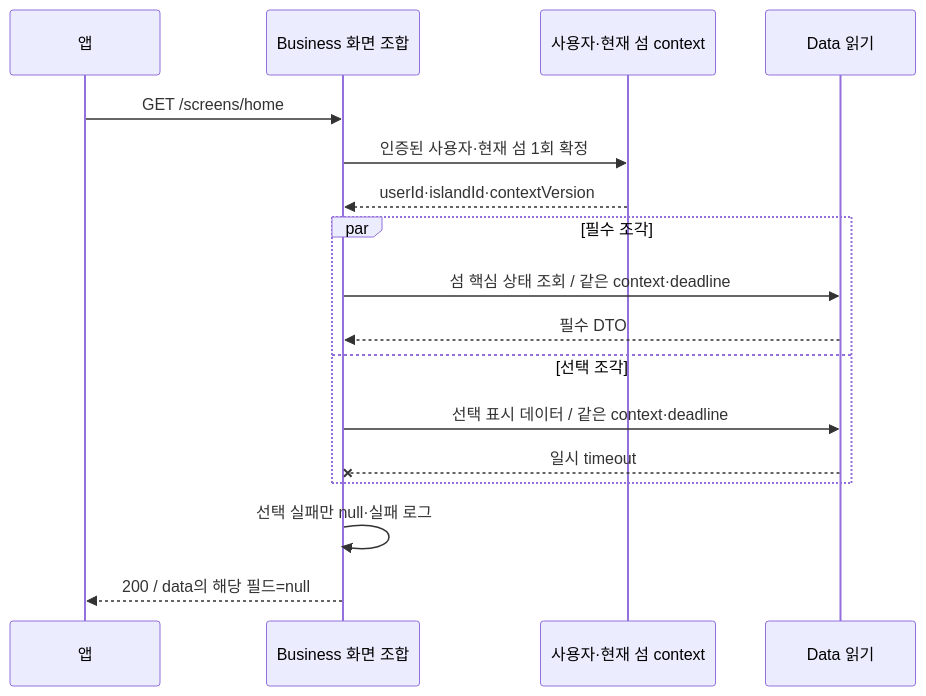
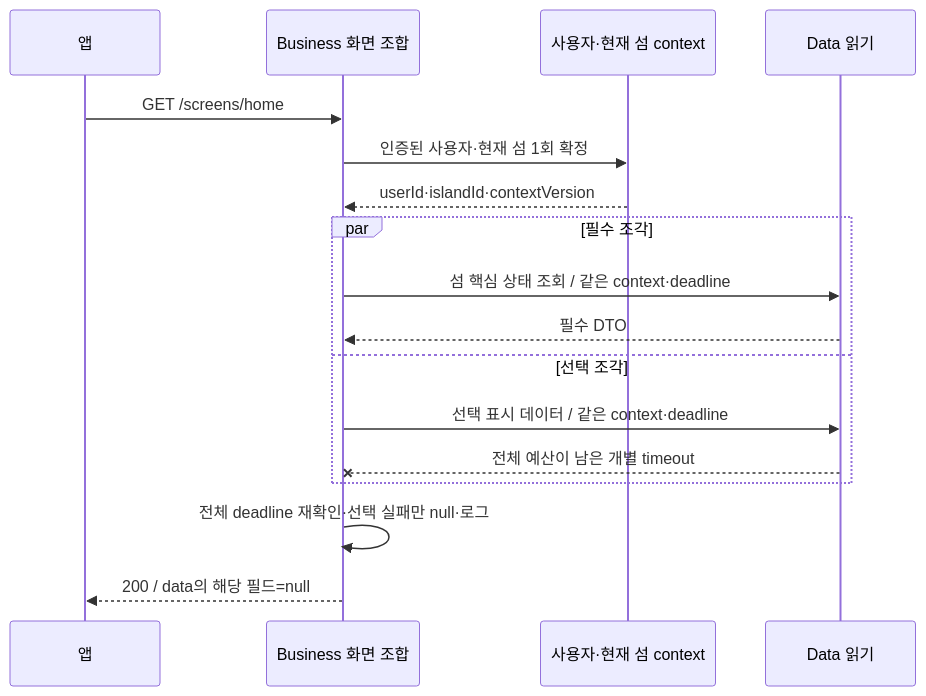
The third of 3 diagrams in docs/prd/api-platform/high-level-design.md (OneOrThree/phone), drawn with Mermaid before and after one commit. The commit also changed other lines of this file and 4 other files, not shown here.

````diff
--- a/docs/prd/api-platform/high-level-design.md
+++ b/docs/prd/api-platform/high-level-design.md
@@ -84,19 +86,19 @@
 ```mermaid
 sequenceDiagram
     participant A as 앱
     participant B as Business 화면 조합
     participant U as 사용자·현재 섬 context
     participant D as Data 읽기
     A->>B: GET /screens/home
     B->>U: 인증된 사용자·현재 섬 1회 확정
     U-->>B: userId·islandId·contextVersion
     par 필수 조각
         B->>D: 섬 핵심 상태 조회 / 같은 context·deadline
         D-->>B: 필수 DTO
     and 선택 조각
         B->>D: 선택 표시 데이터 / 같은 context·deadline
-        D--xB: 일시 timeout
+        D--xB: 전체 예산이 남은 개별 timeout
     end
-    B->>B: 선택 실패만 null·실패 로그
+    B->>B: 전체 deadline 재확인·선택 실패만 null·로그
     B-->>A: 200 / data의 해당 필드=null
 ```
````
